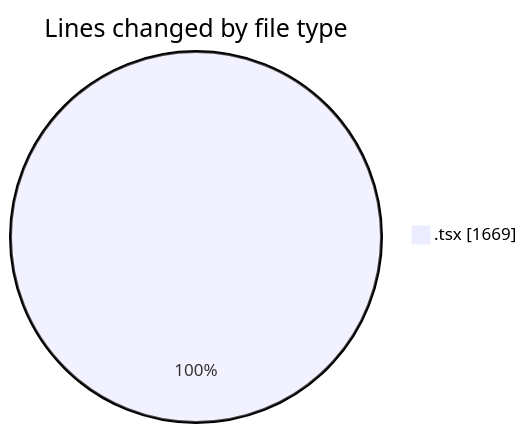
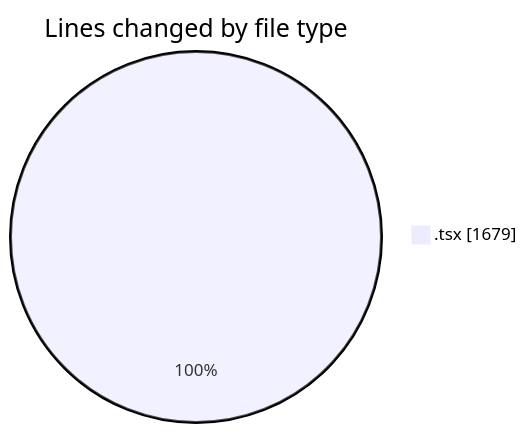
Before and after one commit to momahboobian/code-tracking: the first of 2 diagrams in 2025-10-03/cda/README.md, drawn with Mermaid. The commit also changed other lines of this file and 1 other file, not shown here.

````diff
--- a/2025-10-03/cda/README.md
+++ b/2025-10-03/cda/README.md
@@ -23,5 +23,5 @@
 ```mermaid
 pie showData
 title Lines changed by file type
-".tsx" : 1669
+".tsx" : 1679
 ```
````
